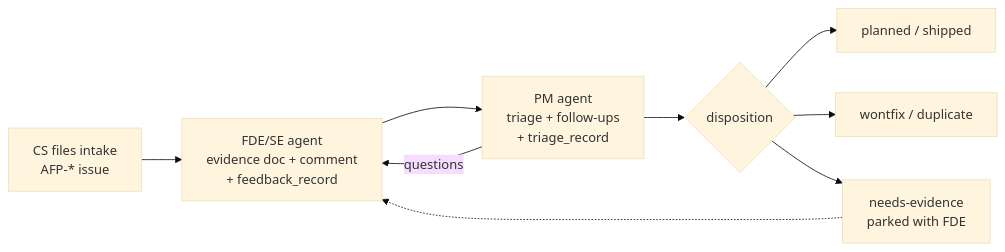
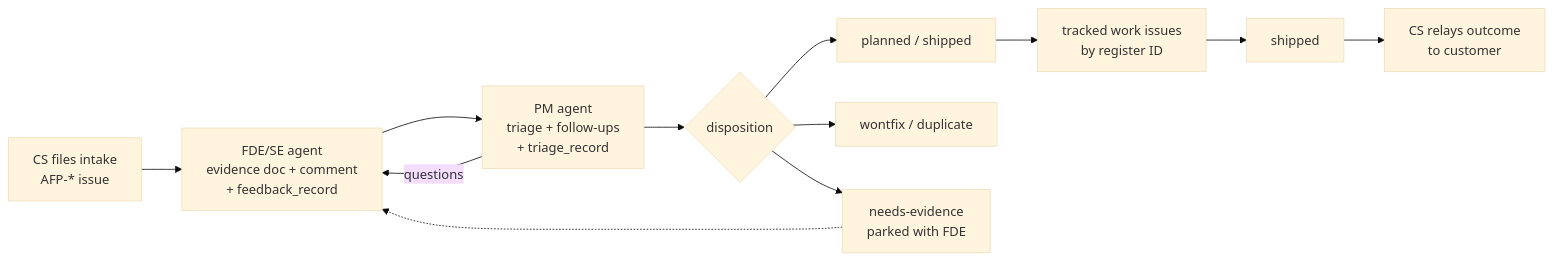
One commit to leofuxiaohui/FDE-customer-feedback-linear changed the diagram in README.md. Above: the diagram before and after it, drawn with Mermaid (base theme). The commit also changed other lines of this file and 2 other files, not shown here.

Commit message:
Register readability + extend the loop to delivery & the customer
- CANON D 'Keep the register readable': cells are labels (<=6 words),
  not sentences; terse 4-col table for posing (drop Resolution), stacked
  entries for answers/close; re-post only changed rows, full register at
  close. Identical in both skills.
- CANON E delivery tail: a planned/shipped disposition becomes tracked
  work (one issue per accepted deliverable, titled by register ID),
  mapped in a new triage_record 'tracking:' + 'epic:' block, rolled up
  to the feedback issue, and closed back to the customer via CS.
- PM: new Procedure E 'From decision to delivery'; closure section now
  distinguishes triage-loop closure from full-feedback closure; worked
  example uses stacked register + filled tracking block + CS close-back.
- FDE: summary-comment templates use terse posing tables; CANON E pointer.
- README: lifecycle diagram extended (disposition -> tracked work ->
  ship -> CS relays to customer); flow step 6; register-terseness note.

Claude-Session: https://claude.ai/code/session_01Gb6TgcKPiAG5VyaLeZa7mL

````diff
--- a/README.md
+++ b/README.md
@@ -12,11 +14,14 @@
 ```mermaid
 flowchart LR
     CS["CS files intake<br/>AFP-* issue"] --> FDE["FDE/SE agent<br/>evidence doc + comment<br/>+ feedback_record"]
     FDE --> PM["PM agent<br/>triage + follow-ups<br/>+ triage_record"]
     PM -->|questions| FDE
     PM --> D{disposition}
     D --> P["planned / shipped"]
     D --> W["wontfix / duplicate"]
     D --> N["needs-evidence<br/>parked with FDE"]
     N -.-> FDE
+    P --> Track["tracked work issues<br/>by register ID"]
+    Track --> Ship["shipped"]
+    Ship --> CloseBack["CS relays outcome<br/>to customer"]
 ```
````
